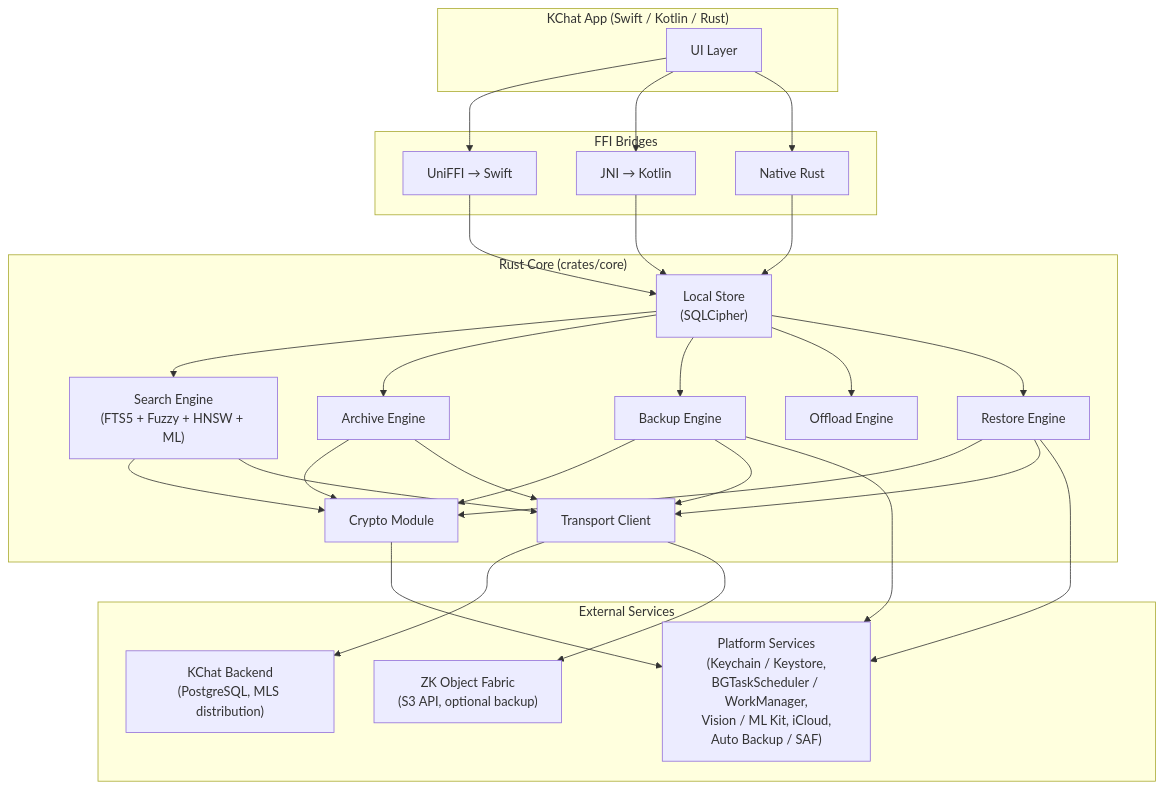
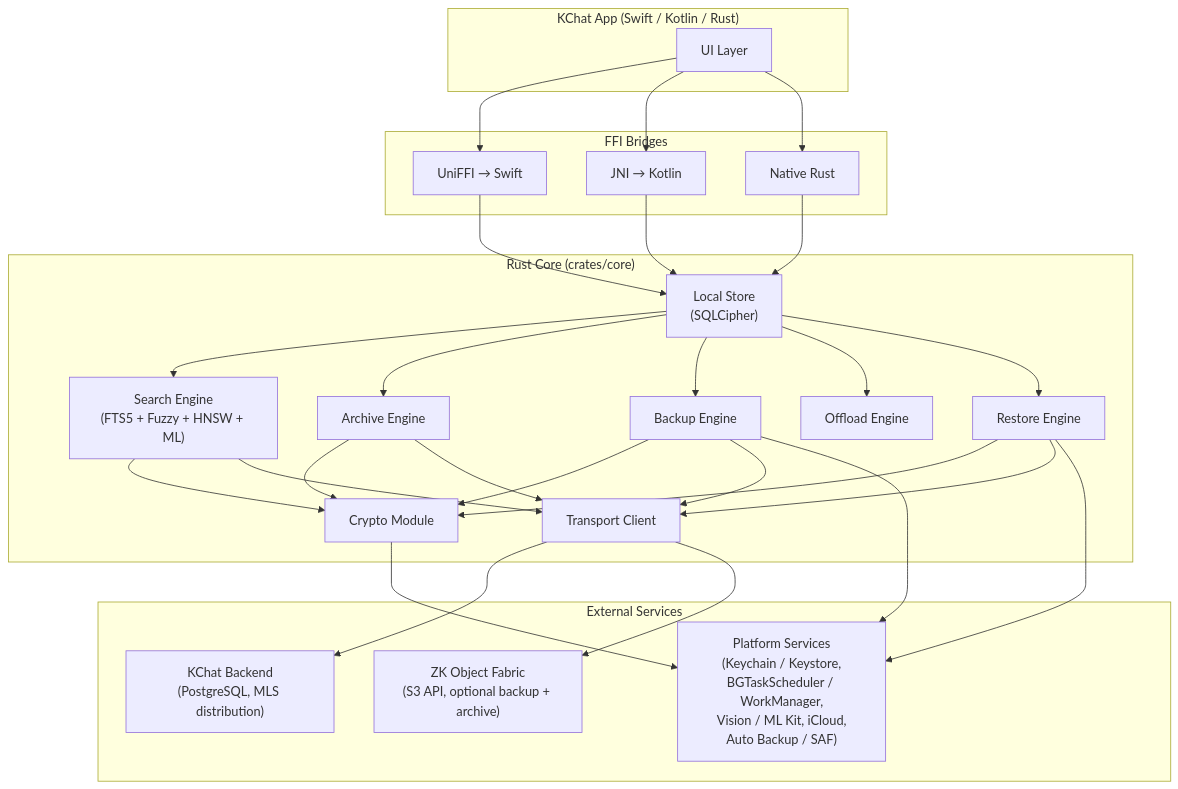
The first of 30 diagrams in docs/ARCHITECTURE.md (kennguy3n/chat-storage-search), drawn with Mermaid before and after one commit. The commit also changed other lines of this file and 4 other files, not shown here.

First line of the commit message:
docs: epoch-rotated archive keys + ZKOF archive backend + batch-by-bucket prefetch

````diff
--- a/docs/ARCHITECTURE.md
+++ b/docs/ARCHITECTURE.md
@@ -23,59 +23,59 @@
 ```mermaid
 flowchart TD
     subgraph Apps["KChat App (Swift / Kotlin / Rust)"]
         UI["UI Layer"]
     end
 
     subgraph FFI["FFI Bridges"]
         Swift["UniFFI &rarr; Swift"]
         Kotlin["JNI &rarr; Kotlin"]
         Native["Native Rust"]
     end
 
     subgraph Core["Rust Core (crates/core)"]
         LocalStore["Local Store<br/>(SQLCipher)"]
         Search["Search Engine<br/>(FTS5 + Fuzzy + HNSW + ML)"]
         Archive["Archive Engine"]
         Backup["Backup Engine"]
         Offload["Offload Engine"]
         Restore["Restore Engine"]
         Crypto["Crypto Module"]
         Transport["Transport Client"]
     end
 
     subgraph External["External Services"]
         BE["KChat Backend<br/>(PostgreSQL, MLS distribution)"]
-        ZKOF["ZK Object Fabric<br/>(S3 API, optional backup)"]
+        ZKOF["ZK Object Fabric<br/>(S3 API, optional backup + archive)"]
         Platform["Platform Services<br/>(Keychain / Keystore,<br/>BGTaskScheduler / WorkManager,<br/>Vision / ML Kit, iCloud,<br/>Auto Backup / SAF)"]
     end
 
     UI --> Swift
     UI --> Kotlin
     UI --> Native
 
     Swift --> LocalStore
     Kotlin --> LocalStore
     Native --> LocalStore
 
     LocalStore --> Search
     LocalStore --> Archive
     LocalStore --> Backup
     LocalStore --> Offload
     LocalStore --> Restore
 
     Archive --> Crypto
     Backup --> Crypto
     Search --> Crypto
     Restore --> Crypto
 
     Archive --> Transport
     Backup --> Transport
     Restore --> Transport
     Search --> Transport
 
     Transport --> BE
     Transport --> ZKOF
     Crypto --> Platform
     Backup --> Platform
     Restore --> Platform
 ```
````
